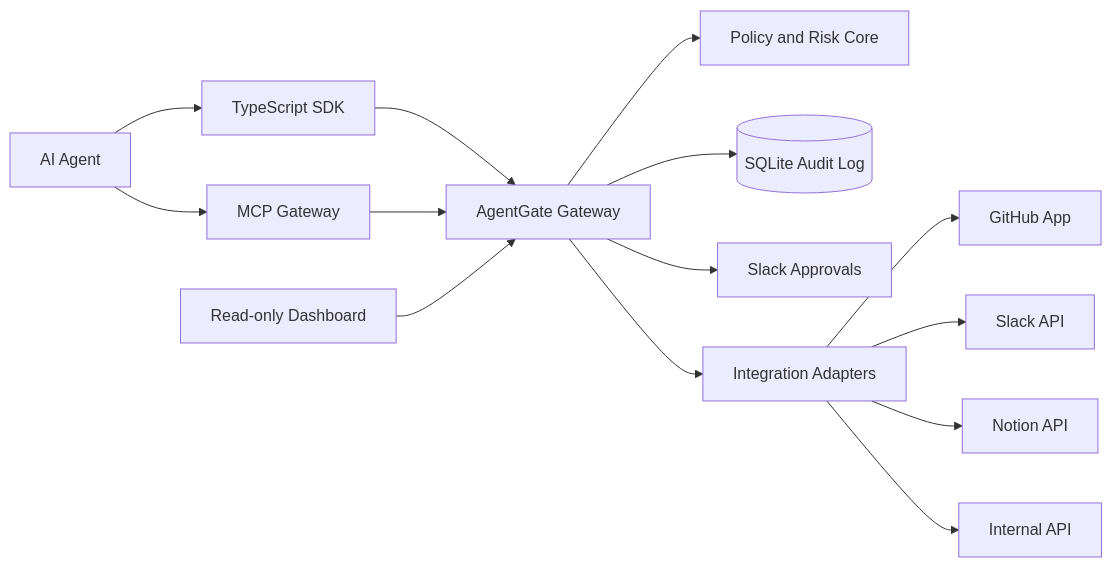
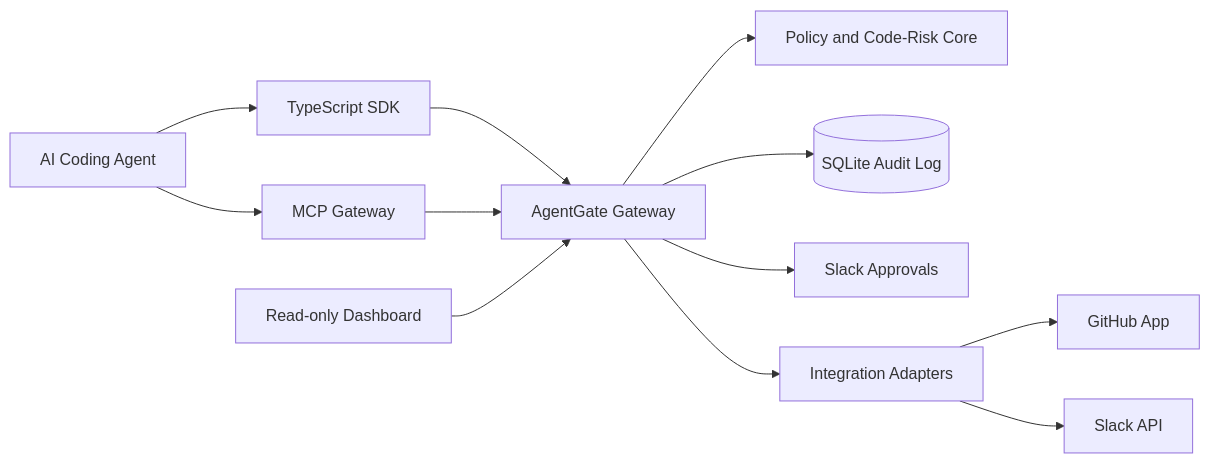
One commit to nodirumurkulov/AgentGate changed the diagram in docs/architecture.md. Above: the diagram before and after it, drawn with Mermaid. The commit also changed other lines of this file and 10 other files, not shown here.

Commit message:
docs: reposition AgentGate around PR risk gating

````diff
--- a/docs/architecture.md
+++ b/docs/architecture.md
@@ -5,16 +5,14 @@
 ```mermaid
 flowchart LR
-  Agent[AI Agent] --> SDK[TypeScript SDK]
+  Agent[AI Coding Agent] --> SDK[TypeScript SDK]
   Agent --> MCP[MCP Gateway]
   SDK --> Gateway[AgentGate Gateway]
   MCP --> Gateway
-  Gateway --> Core[Policy and Risk Core]
+  Gateway --> Core[Policy and Code-Risk Core]
   Gateway --> Audit[(SQLite Audit Log)]
   Gateway --> Approvals[Slack Approvals]
   Gateway --> Integrations[Integration Adapters]
   Integrations --> GitHub[GitHub App]
   Integrations --> Slack[Slack API]
-  Integrations --> Notion[Notion API]
-  Integrations --> Internal[Internal API]
   Dashboard[Read-only Dashboard] --> Gateway
 ```
````
